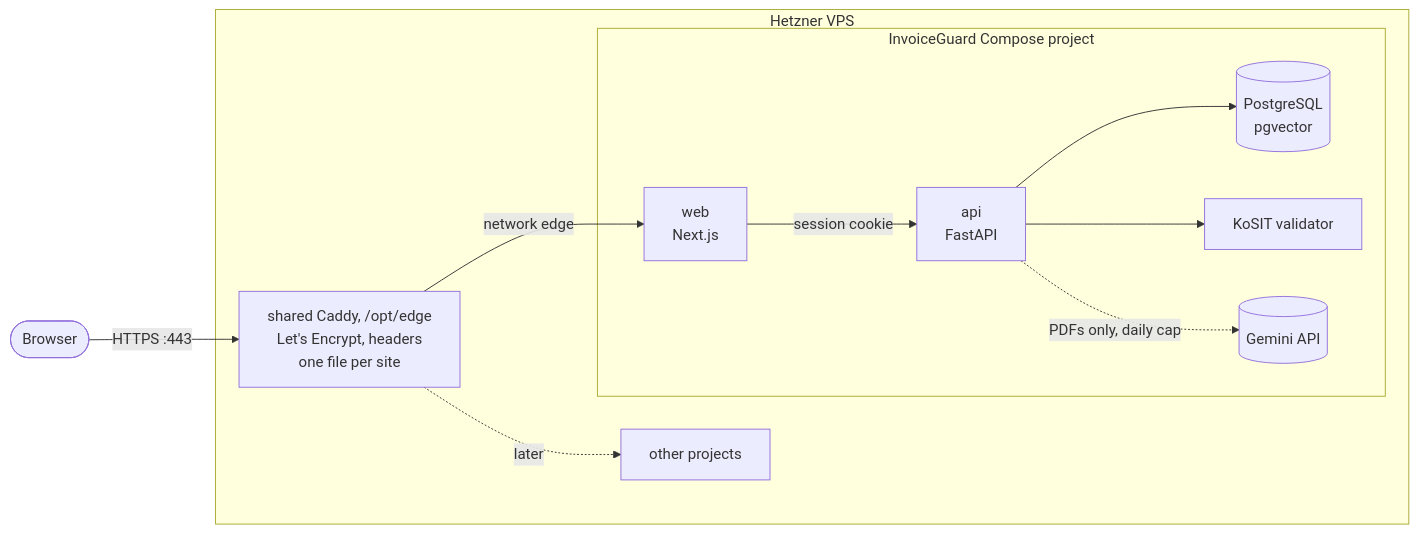
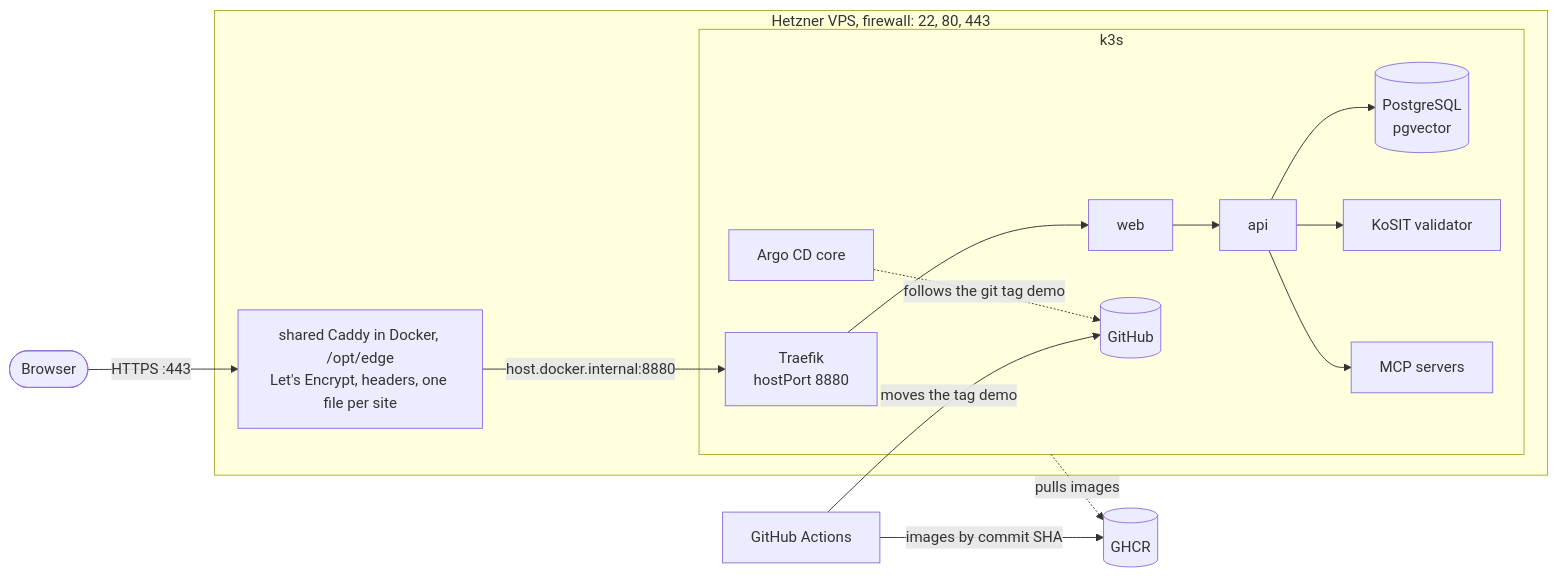
One commit to Ziad-Alghawi/invoiceguard changed the diagram in docs/deploy.md. Above: the diagram before and after it, drawn with Mermaid. The commit also changed other lines of this file and 18 other files, not shown here.

First line of the commit message:
feat(r4): deploy docs for k3s, Argo CD bootstrap fixes, Compose prod path removed (R4-4b) (#33)

````diff
--- a/docs/deploy.md
+++ b/docs/deploy.md
@@ -9,16 +9,19 @@
 ```mermaid
 flowchart LR
     browser([Browser]) -- "HTTPS :443" --> caddy
-    subgraph vps [Hetzner VPS]
-        caddy[shared Caddy, /opt/edge<br/>Let's Encrypt, headers<br/>one file per site]
-        caddy -. "later" .-> other[other projects]
-        caddy -- "network edge" --> web
-        subgraph ig [InvoiceGuard Compose project]
-        web[web<br/>Next.js]
-        web -- "session cookie" --> api[api<br/>FastAPI]
-        api --> db[(PostgreSQL<br/>pgvector)]
-        api --> validator[KoSIT validator]
-        api -. "PDFs only, daily cap" .-> llm[(Gemini API)]
+    subgraph vps [Hetzner VPS, firewall: 22, 80, 443]
+        caddy[shared Caddy in Docker, /opt/edge<br/>Let's Encrypt, headers, one file per site]
+        caddy -- "host.docker.internal:8880" --> traefik
+        subgraph k3s [k3s]
+            traefik[Traefik<br/>hostPort 8880] --> web[web]
+            web --> api[api]
+            api --> db[(PostgreSQL<br/>pgvector)]
+            api --> validator[KoSIT validator]
+            api --> mcp[MCP servers]
+            argocd[Argo CD core] -. "follows the git tag demo" .-> gh[(GitHub)]
         end
     end
+    ci[GitHub Actions] -- "images by commit SHA" --> ghcr[(GHCR)]
+    ci -- "moves the tag demo" --> gh
+    k3s -. "pulls images" .-> ghcr
 ```
````
